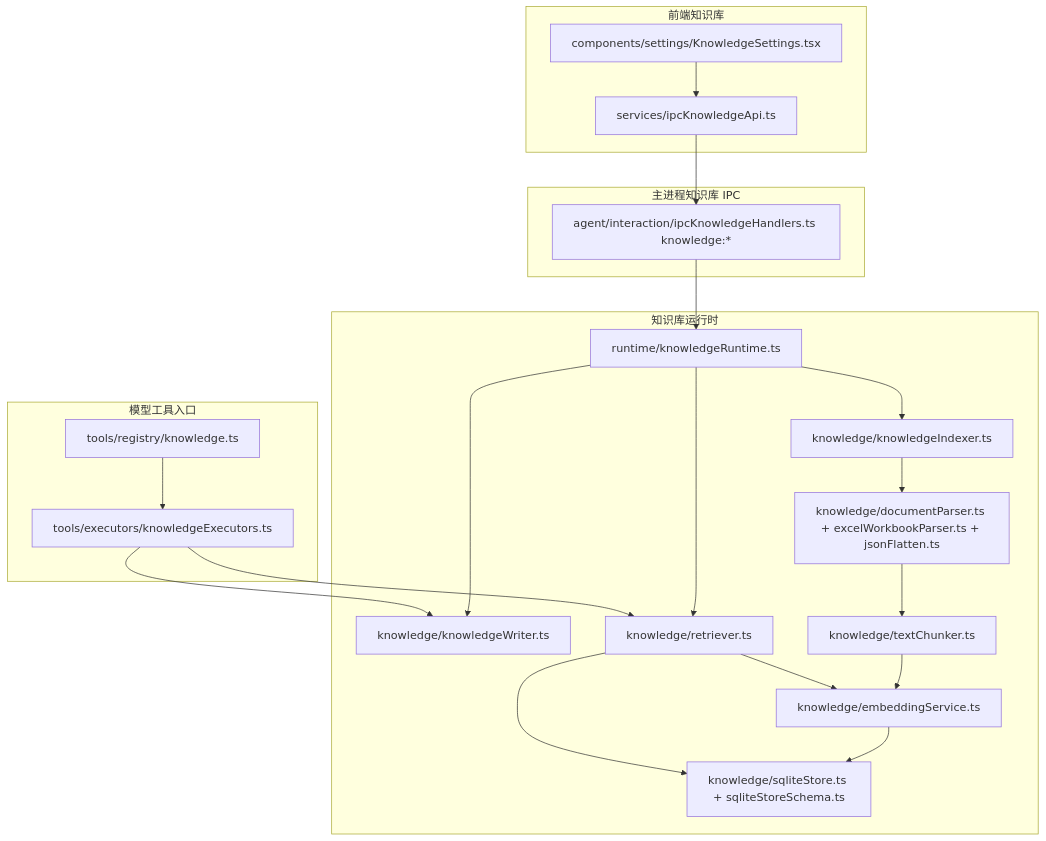
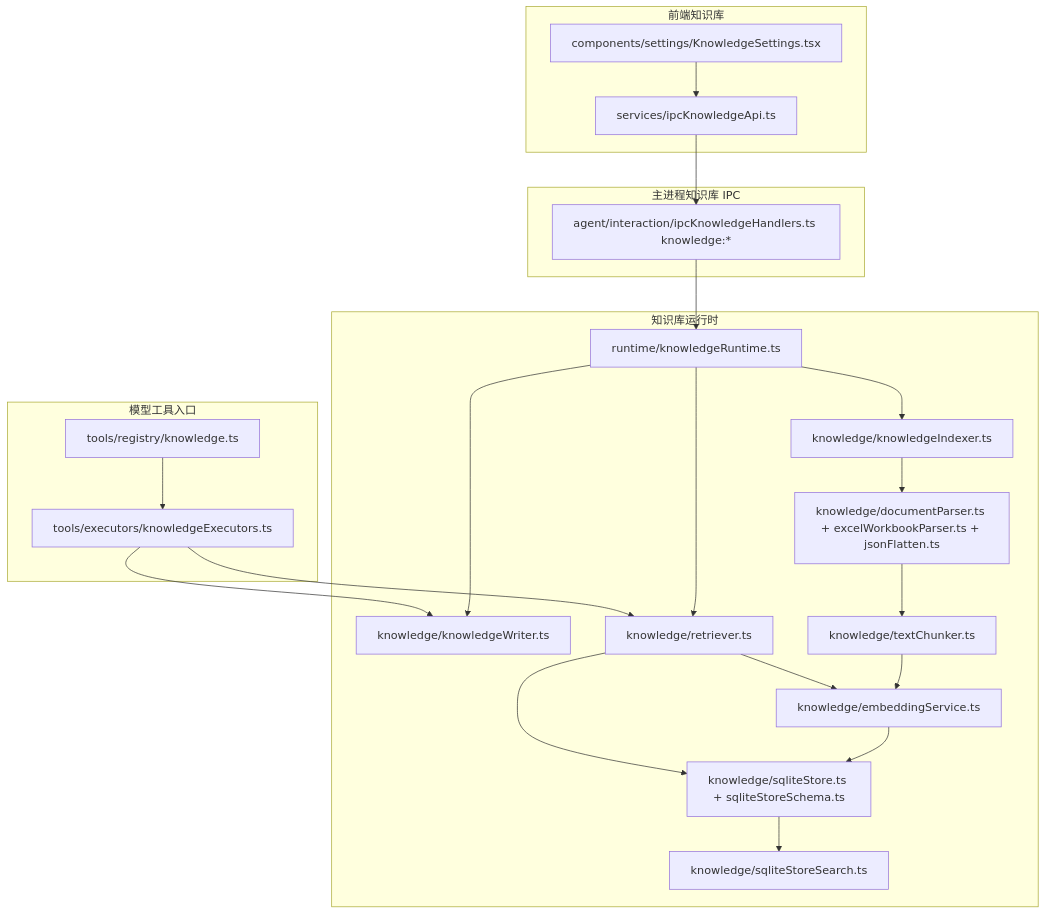
One commit to Laowang3366/excel-ai-plugin-new-feature changed the eighth of 11 diagrams in docs/architecture-map.md. Above: the diagram before and after it, drawn with Mermaid. The commit also changed other lines of this file and 5 other files, not shown here.

Commit message:
refactor: isolate knowledge store search

````diff
--- a/docs/architecture-map.md
+++ b/docs/architecture-map.md
@@ -384,38 +384,39 @@
 ```mermaid
 flowchart TB
   subgraph UI["前端知识库"]
     KnowledgeSettings["components/settings/KnowledgeSettings.tsx"]
     IpcKnowledge["services/ipcKnowledgeApi.ts"]
   end
 
   subgraph IPC["主进程知识库 IPC"]
     KHandlers["agent/interaction/ipcKnowledgeHandlers.ts knowledge:*"]
   end
 
   subgraph Runtime["知识库运行时"]
     KRuntime["runtime/knowledgeRuntime.ts"]
     Indexer["knowledge/knowledgeIndexer.ts"]
     Writer["knowledge/knowledgeWriter.ts"]
     Retriever["knowledge/retriever.ts"]
     Parser["knowledge/documentParser.ts + excelWorkbookParser.ts + jsonFlatten.ts"]
     Chunker["knowledge/textChunker.ts"]
     Store["knowledge/sqliteStore.ts + sqliteStoreSchema.ts"]
+    StoreSearch["knowledge/sqliteStoreSearch.ts"]
     Embedding["knowledge/embeddingService.ts"]
   end
 
   subgraph Agent["模型工具入口"]
     KTools["tools/registry/knowledge.ts"]
     KExecutors["tools/executors/knowledgeExecutors.ts"]
   end
 
   KnowledgeSettings --> IpcKnowledge --> KHandlers
   KHandlers --> KRuntime
   KRuntime --> Indexer
   KRuntime --> Writer
   KRuntime --> Retriever
   Indexer --> Parser --> Chunker --> Embedding --> Store
   Retriever --> Embedding
-  Retriever --> Store
+  Retriever --> Store --> StoreSearch
   KTools --> KExecutors --> Retriever
   KExecutors --> Writer
 ```
````
